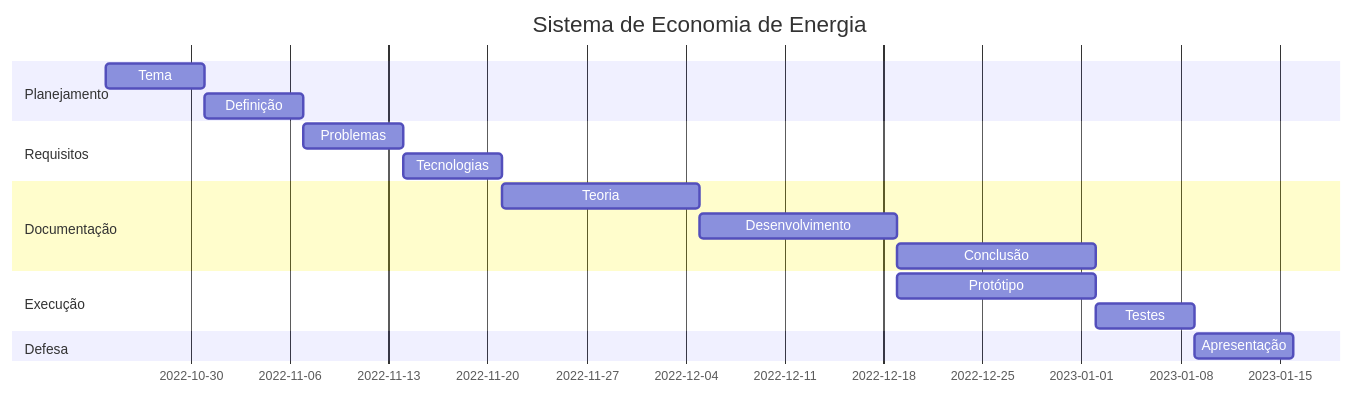
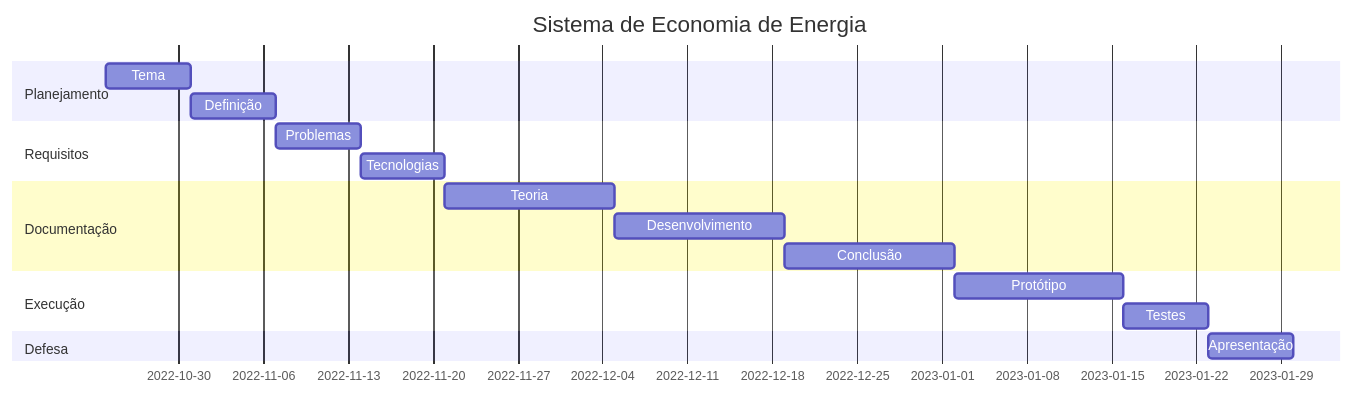
The diagram in gantt.md (marcilio-freitas27/projeto-integrador-gantt), drawn with Mermaid before and after one commit.

Commit message:
Atualizando datas, seções e tarefas 4

````diff
--- a/gantt.md
+++ b/gantt.md
@@ -5,25 +5,25 @@
 ```mermaid
 gantt
     title Sistema de Economia de Energia
     dateFormat  YYYY-MM-DD
 
     section Planejamento
     Tema                :a1, 2022-10-24, 7d
     Definição           :a2, after a1, 7d
 
     section Requisitos
     Problemas           :b1, after a2  , 7d
     Tecnologias         :b2, after b1  ,7d
 
     section Documentação
     Teoria         :c1, after b2, 14d
     Desenvolvimento      :c2, after c1, 14d
     Conclusão       :c3, after c2, 14d
 
     section Execução
-    Protótipo           :d1, after c2, 14d
+    Protótipo           :d1, after c3, 14d
     Testes              :d2, after d1, 7d
 
     section Defesa
     Apresentação        :e1, after d2, 7d
 ```
````
